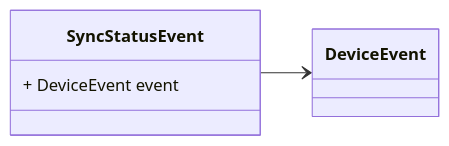
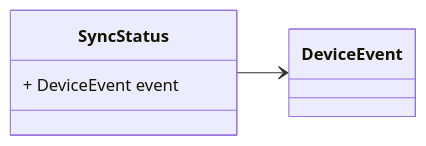
Before and after one commit to zaphiro-technologies/protobuf: the fourth of 8 diagrams in docs/device_event.proto.md, drawn with Mermaid. The commit also changed other lines of this file and 2 other files, not shown here.

First line of the commit message:
Remove `Event` from the name of `DeviceEvent` subclasses (#37)

````diff
--- a/docs/device_event.proto.md
+++ b/docs/device_event.proto.md
@@ -82,12 +82,12 @@
 ```mermaid
 classDiagram
 direction LR
 
 %% 
 
-class SyncStatusEvent {
+class SyncStatus {
   + DeviceEvent event
 }
-SyncStatusEvent --> `DeviceEvent`
+SyncStatus --> `DeviceEvent`
 
 ```
````
